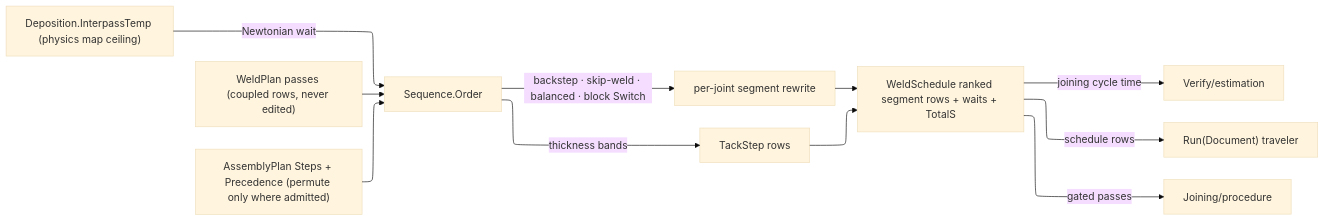
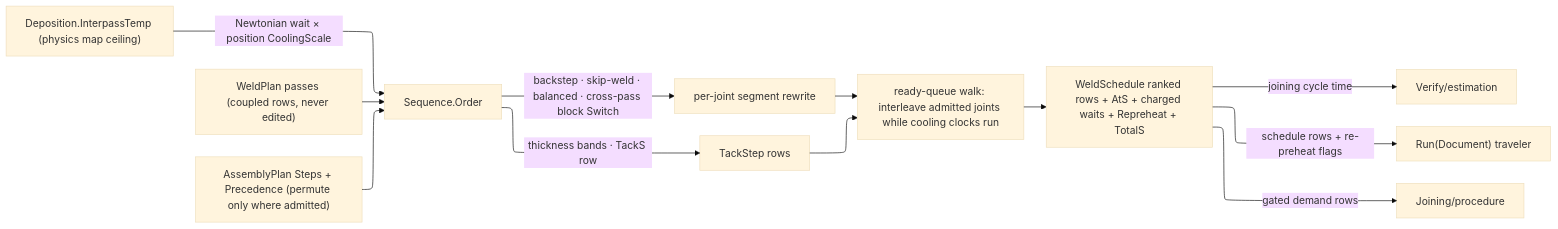
The diagram in libs/csharp/Rasm.Fabrication/.planning/Joining/sequence.md (bsamiee/Rasm), drawn with Mermaid before and after one commit. The commit also changed other lines of this file and 79 other files, not shown here.

````diff
--- a/libs/csharp/Rasm.Fabrication/.planning/Joining/sequence.md
+++ b/libs/csharp/Rasm.Fabrication/.planning/Joining/sequence.md
@@ -182,18 +210,19 @@
 ```mermaid
 ---
 config:
   layout: elk
   theme: base
 ---
 flowchart LR
     Plan["WeldPlan passes (coupled rows, never edited)"] --> Order["Sequence.Order"]
     Assembly["AssemblyPlan Steps + Precedence (permute only where admitted)"] --> Order
-    Budget["Deposition.InterpassTemp (physics map ceiling)"] -->|Newtonian wait| Order
-    Order -->|"backstep · skip-weld · balanced · block Switch"| Rewrite["per-joint segment rewrite"]
-    Order -->|thickness bands| Tacks["TackStep rows"]
-    Rewrite --> Schedule["WeldSchedule ranked segment rows + waits + TotalS"]
-    Tacks --> Schedule
+    Budget["Deposition.InterpassTemp (physics map ceiling)"] -->|Newtonian wait × position CoolingScale| Order
+    Order -->|"backstep · skip-weld · balanced · cross-pass block Switch"| Rewrite["per-joint segment rewrite"]
+    Order -->|thickness bands · TackS row| Tacks["TackStep rows"]
+    Rewrite --> Drain["ready-queue walk: interleave admitted joints while cooling clocks run"]
+    Tacks --> Drain
+    Drain --> Schedule["WeldSchedule ranked rows + AtS + charged waits + Repreheat + TotalS"]
     Schedule -->|joining cycle time| Estimation["Verify/estimation"]
-    Schedule -->|schedule rows| Traveler["Run(Document) traveler"]
-    Schedule -->|gated passes| Procedure["Joining/procedure"]
+    Schedule -->|schedule rows + re-preheat flags| Traveler["Run(Document) traveler"]
+    Schedule -->|gated demand rows| Procedure["Joining/procedure"]
 ```
````
